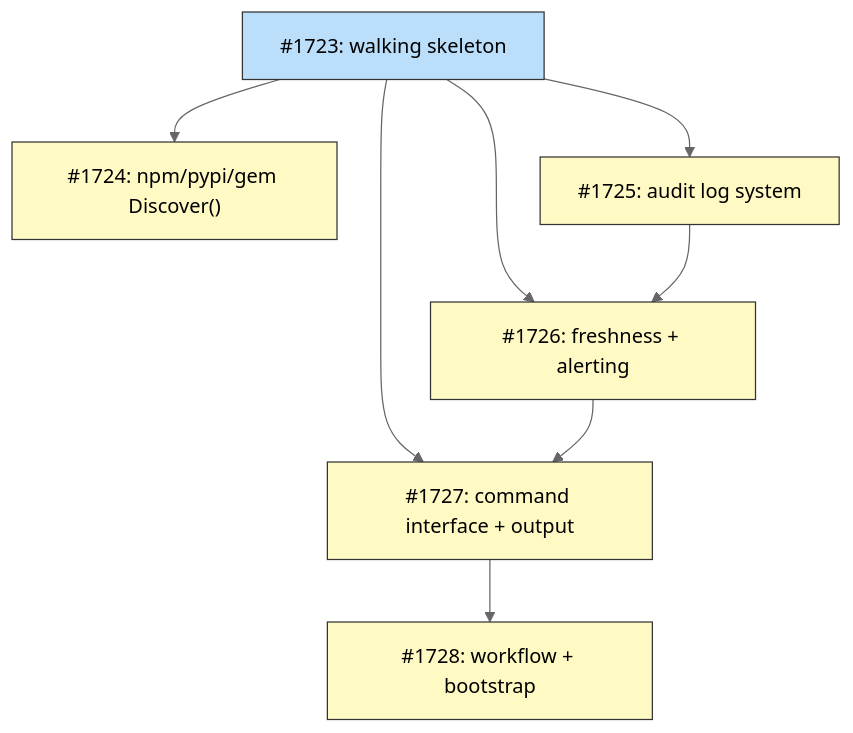
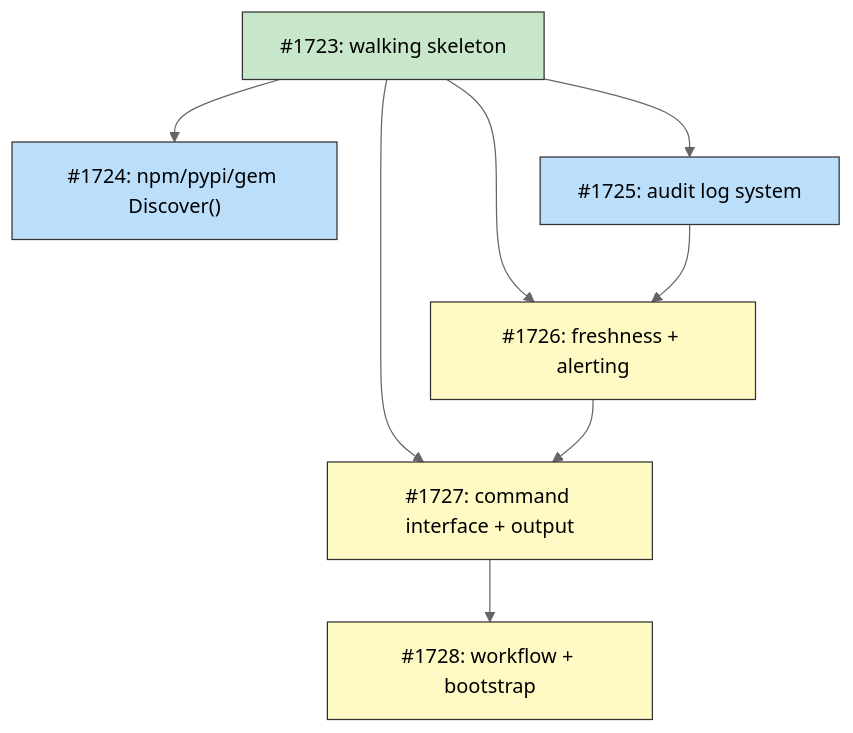
Before and after one commit to tsukumogami/tsuku: the diagram in docs/designs/DESIGN-automated-seeding.md, drawn with Mermaid (neutral theme). The commit also changed other lines of this file, not shown here.

Commit message:
docs(design): mark #1723 complete in automated-seeding design
Update dependency graph: #1723 done, #1724 and #1725 now ready.

````diff
--- a/docs/designs/DESIGN-automated-seeding.md
+++ b/docs/designs/DESIGN-automated-seeding.md
@@ -55,29 +55,29 @@
 ```mermaid
 graph TD
     I1723["#1723: walking skeleton"]
     I1724["#1724: npm/pypi/gem Discover()"]
     I1725["#1725: audit log system"]
     I1726["#1726: freshness + alerting"]
     I1727["#1727: command interface + output"]
     I1728["#1728: workflow + bootstrap"]
 
     I1723 --> I1724
     I1723 --> I1725
     I1723 --> I1726
     I1725 --> I1726
     I1723 --> I1727
     I1726 --> I1727
     I1727 --> I1728
 
     classDef done fill:#c8e6c9,stroke:#333
     classDef ready fill:#bbdefb,stroke:#333
     classDef blocked fill:#fff9c4,stroke:#333
     classDef needsDesign fill:#e1bee7,stroke:#333
 
-    class I1723 ready
-    class I1724 blocked
-    class I1725 blocked
+    class I1723 done
+    class I1724 ready
+    class I1725 ready
     class I1726 blocked
     class I1727 blocked
     class I1728 blocked
 ```
````
